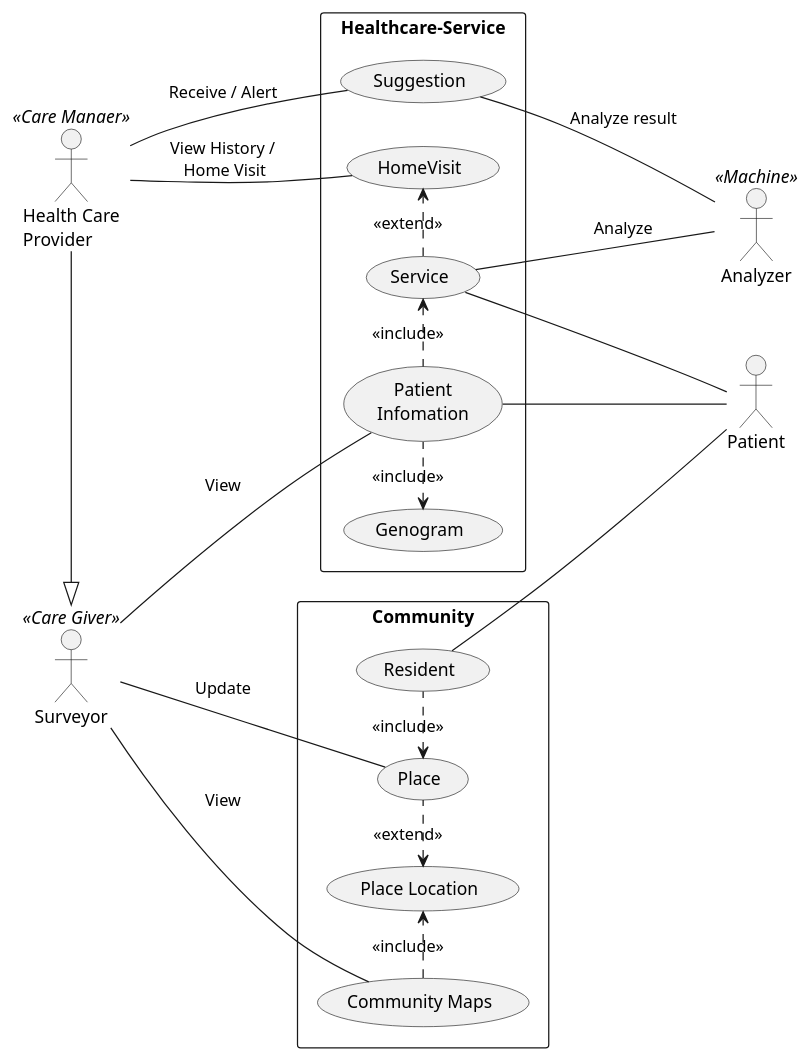
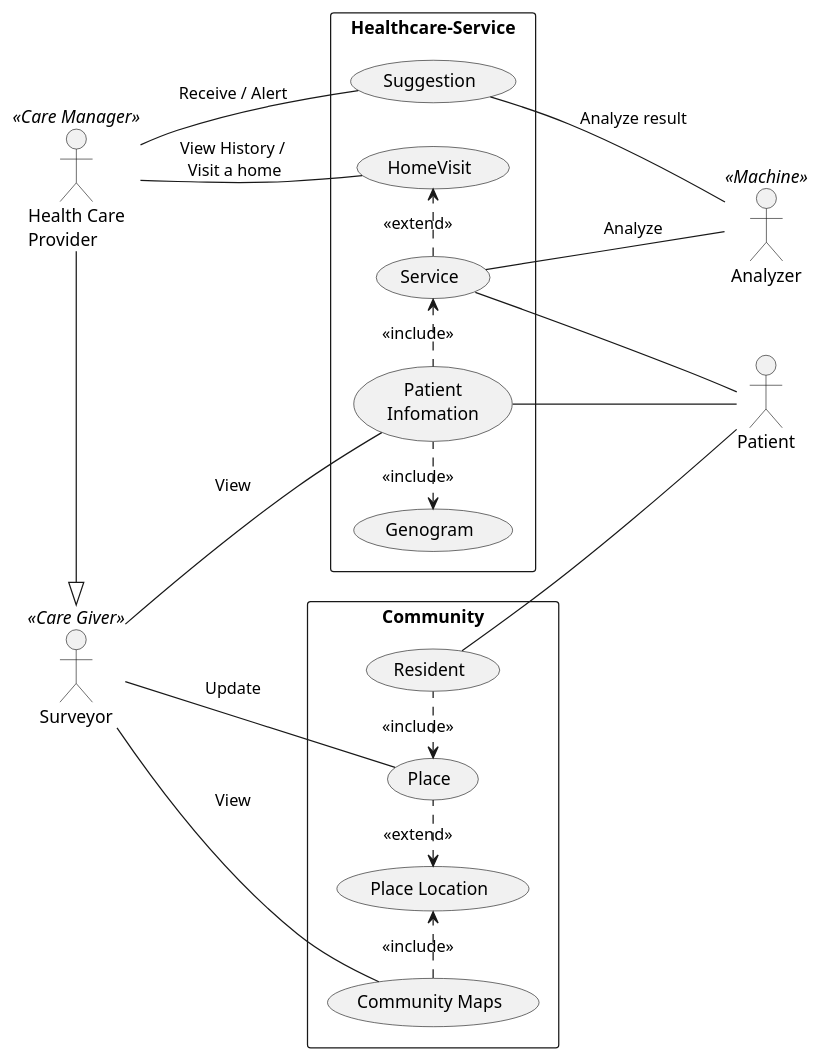
Before and after one commit to ffc-nectec/entities: the diagram in uml/usecase.plantuml, drawn with PlantUML. The commit also changed 8 other files, not shown here.

```diff
--- a/uml/usecase.plantuml
+++ b/uml/usecase.plantuml
@@ -1,34 +1,34 @@
 @startuml
 left to right direction
 skinparam monochrome true
 
-actor :Health Care\nProvider: as Provider <<Care Manaer>>
+actor :Health Care\nProvider: as Provider <<Care Manager>>
 actor Surveyor <<Care Giver>>
 actor Patient
 actor Analyzer <<Machine>> as AI
 
 Provider -right--|> Surveyor
 
 rectangle Healthcare-Service {
-    Provider -- (HomeVisit) : View History /\n Home Visit
+    Provider -- (HomeVisit) : View History /\n Visit a home
     (Service) .> (HomeVisit) : <<extend>>
     (Service) -- Patient
     (Service) -- AI : Analyze
     (Service) <. (Patient\nInfomation) : <<include>>
     (Genogram) <. (Patient\nInfomation) : <<include>>
     (Patient\nInfomation) -- Patient
     (Suggestion) -- AI : Analyze result
     Provider -- (Suggestion) : Receive / Alert
     Surveyor --  (Patient\nInfomation) : View
 }
 
 rectangle Community {
     Surveyor -- (Place) : Update
     (Place) <. (Resident): <<include>>
     (Place Location) <. (Place) : <<extend>>
     (Resident) -- (Patient)
     (Community Maps) .> (Place Location) : <<include>>
     Surveyor -- (Community Maps) : View
 }
 
 @enduml
```
